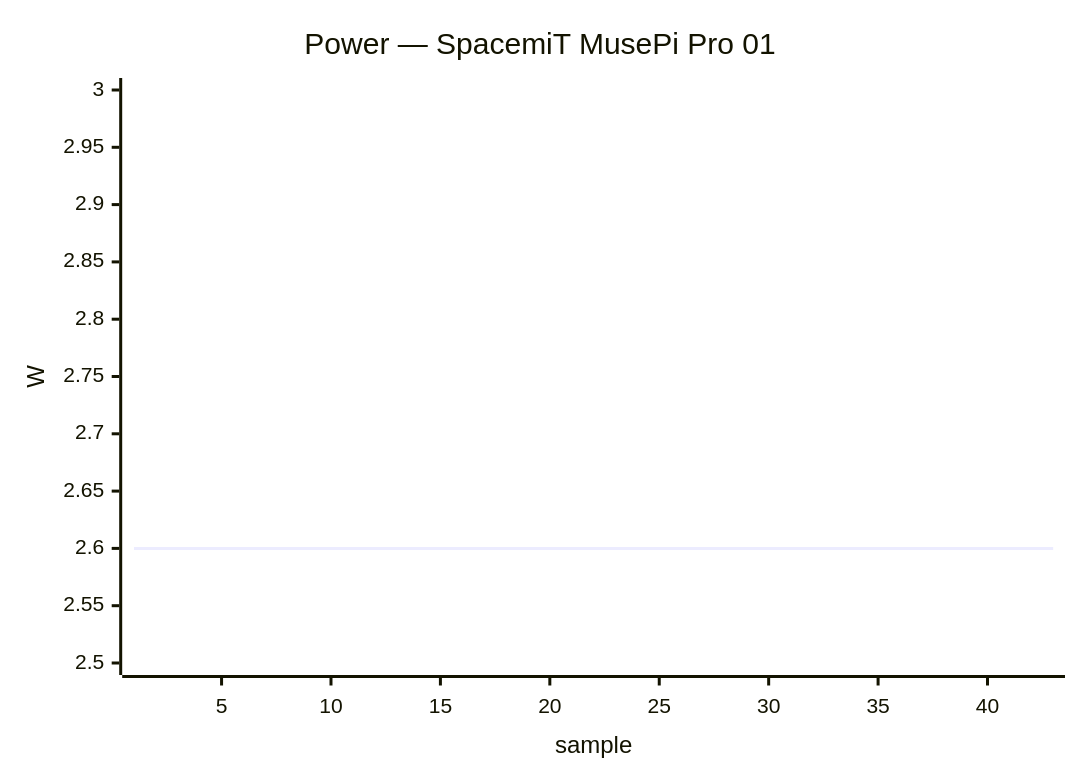
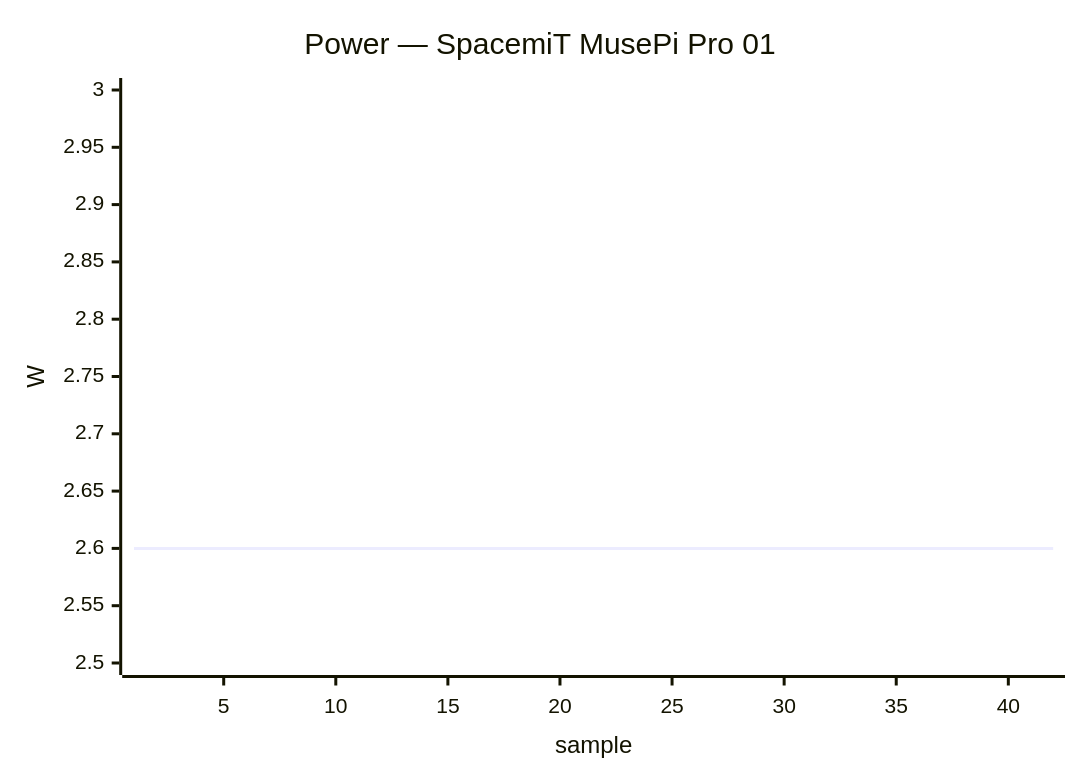
The sixth of 34 diagrams in docs/status/board-tests.md (armbian/documentation), drawn with Mermaid before and after one commit. The commit also changed other lines of this file, not shown here.

Commit message:
`Automatic` fleet test results (#1465)

````diff
--- a/docs/status/board-tests.md
+++ b/docs/status/board-tests.md
@@ -255,7 +255,7 @@
 ```mermaid
 xychart-beta
     title "Power — SpacemiT MusePi Pro 01"
-    x-axis "sample" 1 --> 43
+    x-axis "sample" 1 --> 42
     y-axis "W" 2.5 --> 3.0
     line [2.60, 2.60, 2.60, 2.60, 2.60, 2.60, 2.60, 2.60, 2.60, 2.60, 2.60, 2.60, 2.60, 2.60, 2.60, 2.60, 2.60, 2.60, 2.60, 2.60, 2.60, 2.60, 2.60, 2.60, 2.60, 2.60, 2.60, 2.60, 2.60, 2.60, 2.60, 2.60, 2.60, 2.60, 2.60, 2.60, 2.60, 2.60, 2.60, 2.60]
 ```
````
